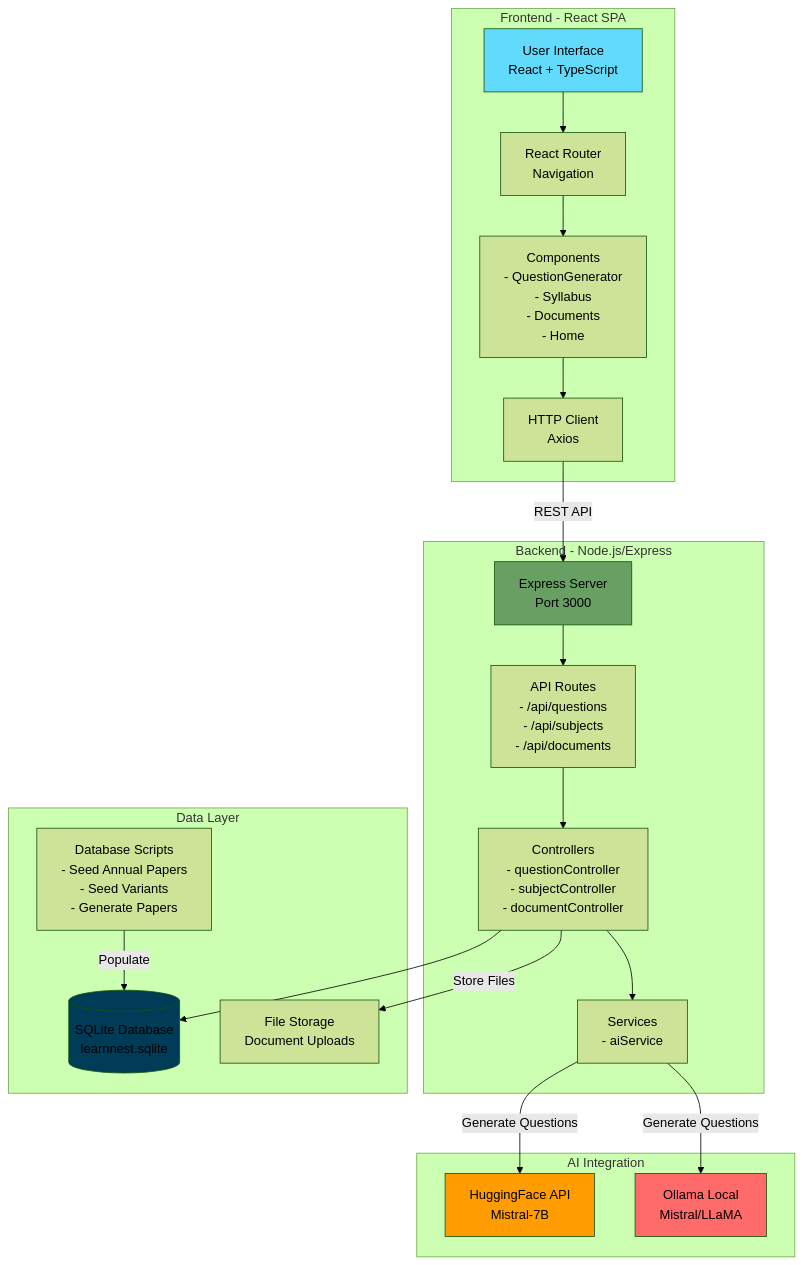
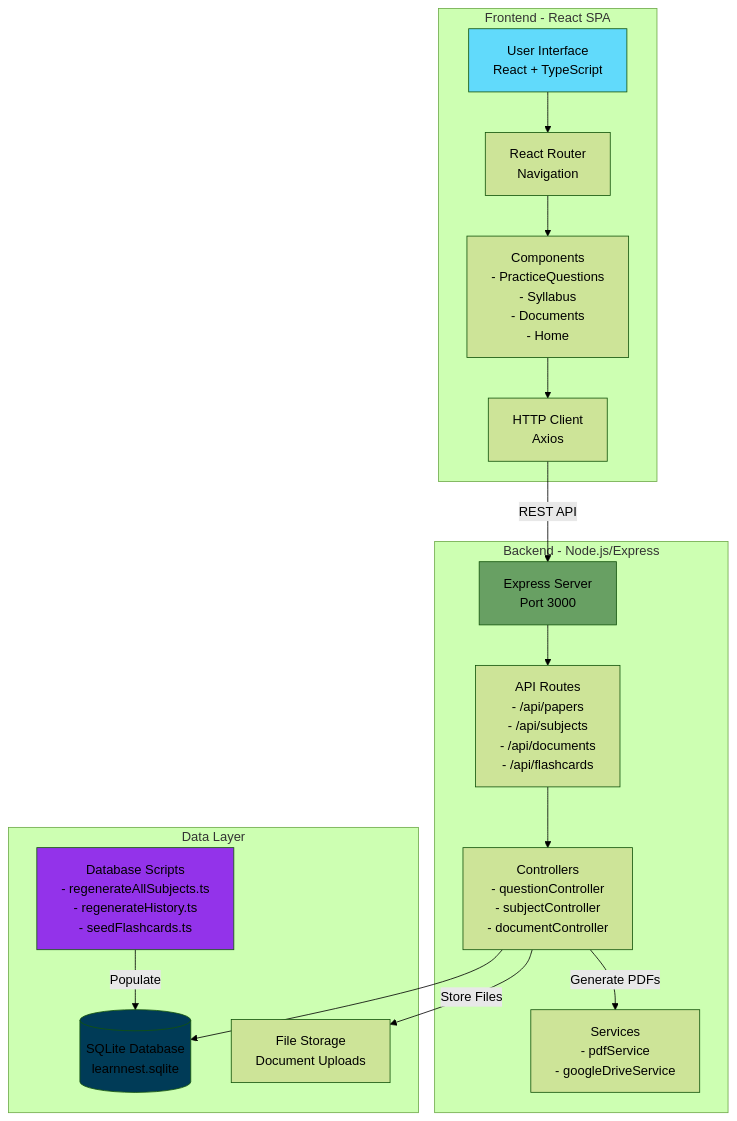
One commit to vik20000in/LearnNest changed the diagram in README.md. Above: the diagram before and after it, drawn with Mermaid (forest theme). The commit also changed other lines of this file and 3 other files, not shown here.

````diff
--- a/README.md
+++ b/README.md
@@ -7,46 +7,38 @@
 ```mermaid
 graph TB
     subgraph "Frontend - React SPA"
         UI[User Interface<br/>React + TypeScript]
         Router[React Router<br/>Navigation]
-        Components[Components<br/>- QuestionGenerator<br/>- Syllabus<br/>- Documents<br/>- Home]
+        Components[Components<br/>- PracticeQuestions<br/>- Syllabus<br/>- Documents<br/>- Home]
         HTTP[HTTP Client<br/>Axios]
     end
     
     subgraph "Backend - Node.js/Express"
         API[Express Server<br/>Port 3000]
-        Routes[API Routes<br/>- /api/questions<br/>- /api/subjects<br/>- /api/documents]
+        Routes[API Routes<br/>- /api/papers<br/>- /api/subjects<br/>- /api/documents<br/>- /api/flashcards]
         Controllers[Controllers<br/>- questionController<br/>- subjectController<br/>- documentController]
-        Services[Services<br/>- aiService]
-    end
-    
-    subgraph "AI Integration"
-        HF[HuggingFace API<br/>Mistral-7B]
-        Ollama[Ollama Local<br/>Mistral/LLaMA]
+        Services[Services<br/>- pdfService<br/>- googleDriveService]
     end
     
     subgraph "Data Layer"
         DB[(SQLite Database<br/>learnnest.sqlite)]
-        Scripts[Database Scripts<br/>- Seed Annual Papers<br/>- Seed Variants<br/>- Generate Papers]
+        Scripts[Database Scripts<br/>- regenerateAllSubjects.ts<br/>- regenerateHistory.ts<br/>- seedFlashcards.ts]
         Uploads[File Storage<br/>Document Uploads]
     end
     
     UI --> Router
     Router --> Components
     Components --> HTTP
     HTTP -->|REST API| API
     API --> Routes
     Routes --> Controllers
-    Controllers --> Services
     Controllers --> DB
-    Services -->|Generate Questions| HF
-    Services -->|Generate Questions| Ollama
+    Controllers -->|Store Files| Uploads
+    Controllers -->|Generate PDFs| Services
     Scripts -->|Populate| DB
-    Controllers -->|Store Files| Uploads
     
     style UI fill:#61dafb
     style API fill:#68a063
     style DB fill:#003b57
-    style HF fill:#ff9d00
-    style Ollama fill:#ff6b6b
+    style Scripts fill:#9333ea
 ```
````
